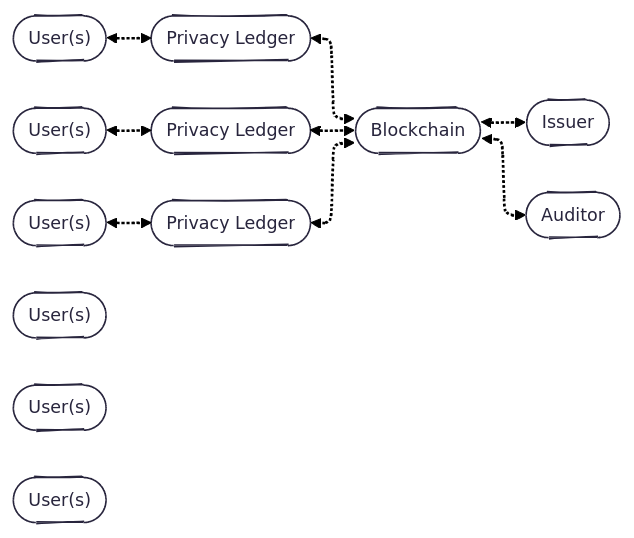
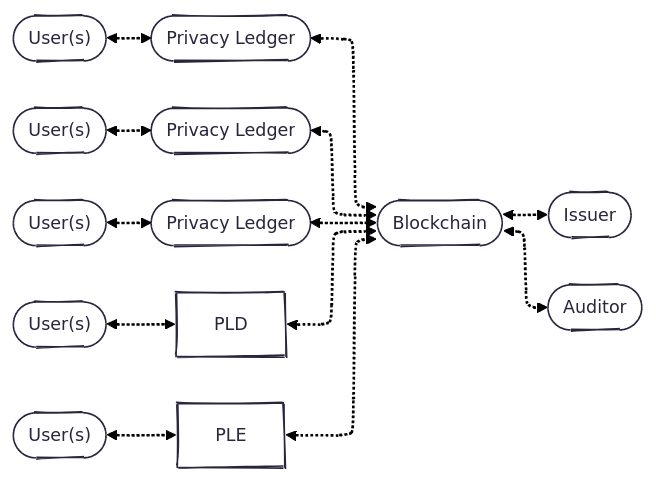
One commit to raylsnetwork/Enygma changed the first of 5 diagrams in enygma_payments/README.md. Above: the diagram before and after it, drawn with Mermaid.

````diff
--- a/enygma_payments/README.md
+++ b/enygma_payments/README.md
@@ -5,32 +5,33 @@
 ```mermaid
 ---
 config:
   theme: redux
   layout: elk
   look: handDrawn
 ---
 flowchart LR
     UA(["User(s)"])
     UB(["User(s)"])
     UC(["User(s)"])
-
+    UD(["User(s)"])
     UE(["User(s)"])
-    UF(["User(s)"])
-    UG(["User(s)"])
+    
 
     PLA(["Privacy Ledger"])
     PLB(["Privacy Ledger"])
     PLC(["Privacy Ledger"])
 
     B(["Blockchain"])
     I(["Issuer"])
     A(["Auditor"])
     
 
-    PLA & PLB & PLC <-.-> B <-.-> I & A
+    PLA & PLB & PLC & PLD & PLE <-.-> B <-.-> I & A
 
     UA <-.-> PLA
     UB <-.-> PLB
     UC <-.-> PLC
+    UD <-.-> PLD
+    UE <-.-> PLE
 
 ```
````
